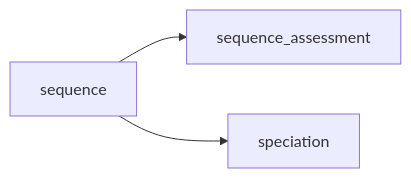
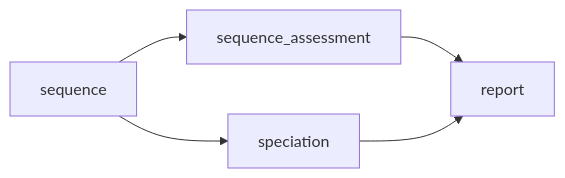
One commit to MDU-PHL/bohra changed the first of 3 diagrams in docs/index.md. Above: the diagram before and after it, drawn with Mermaid. The commit also changed other lines of this file, not shown here.

````diff
--- a/docs/index.md
+++ b/docs/index.md
@@ -29,5 +29,5 @@
 ```mermaid
 flowchart LR
-sequence --> sequence_assessment
-sequence --> speciation
+sequence --> sequence_assessment --> report
+sequence --> speciation --> report
 ```
````
